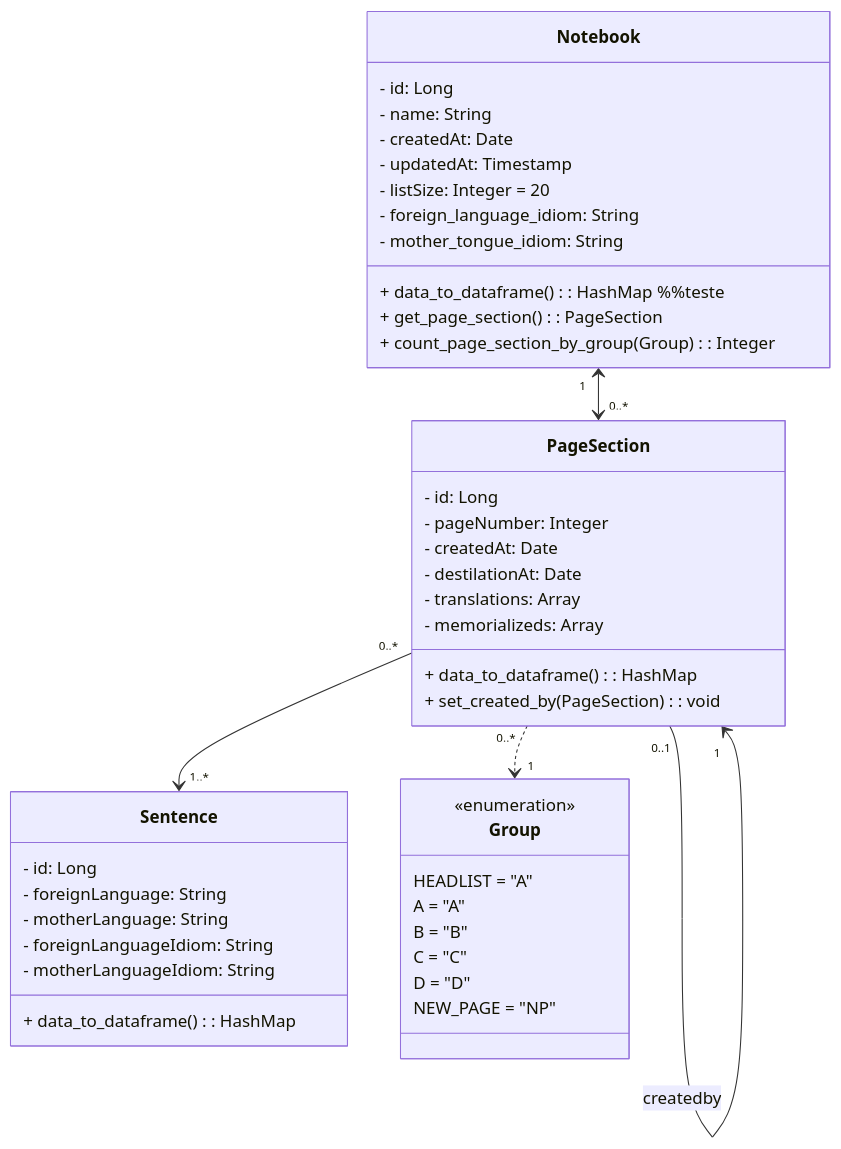
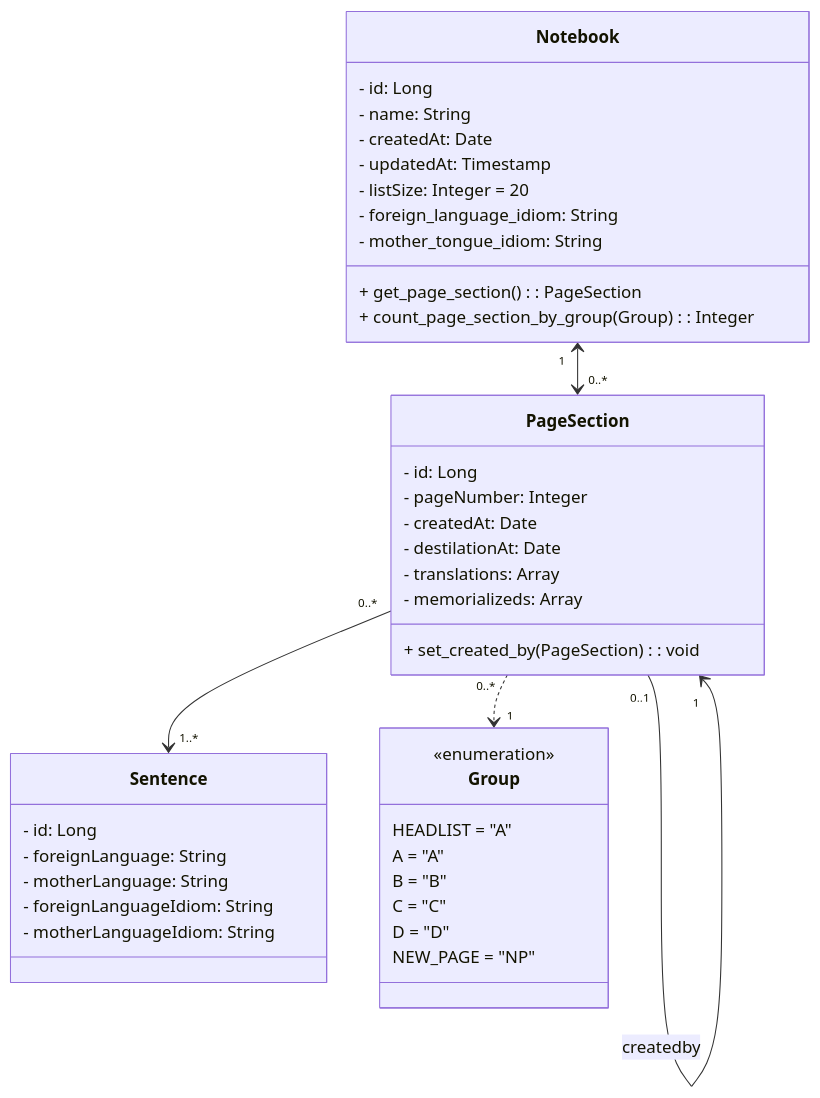
Before and after one commit to microrepar/gold-list-method: the diagram in .documentation/ClassDiagramGoldList.md, drawn with Mermaid. The commit also changed 4 other files, not shown here.

````diff
--- a/.documentation/ClassDiagramGoldList.md
+++ b/.documentation/ClassDiagramGoldList.md
@@ -1,53 +1,49 @@
 ```mermaid
     classDiagram
         class Notebook {
             - id: Long
             - name: String
             - createdAt: Date
             - updatedAt: Timestamp
             - listSize: Integer = 20
             - foreign_language_idiom: String
             - mother_tongue_idiom: String
 
-            + data_to_dataframe(): HashMap %%teste
             + get_page_section(): PageSection
             + count_page_section_by_group(Group): Integer 
         }        
 
         class PageSection {
             - id: Long
             - pageNumber: Integer
             - createdAt: Date
             - destilationAt: Date
             - translations: Array<String>
             - memorializeds: Array<Boolean>
 
-            + data_to_dataframe(): HashMap
             + set_created_by(PageSection): void
         }
 
         class Sentence {
             - id: Long
             - foreignLanguage: String
             - motherLanguage: String
             - foreignLanguageIdiom: String      
             - motherLanguageIdiom: String   
-
-            + data_to_dataframe(): HashMap
         }
 
         class Group {
             <<enumeration>>
             HEADLIST = "A"
             A        = "A"
             B        = "B"
             C        = "C"
             D        = "D"
             NEW_PAGE = "NP"
         }
     
         Notebook "1"        <-->    "0..*" PageSection
         PageSection "0..1"   -->    "1" PageSection: createdby
         PageSection "0..*"   -->    "1..*" Sentence
         PageSection "0..*"   ..>    "1" Group
 ```
````
